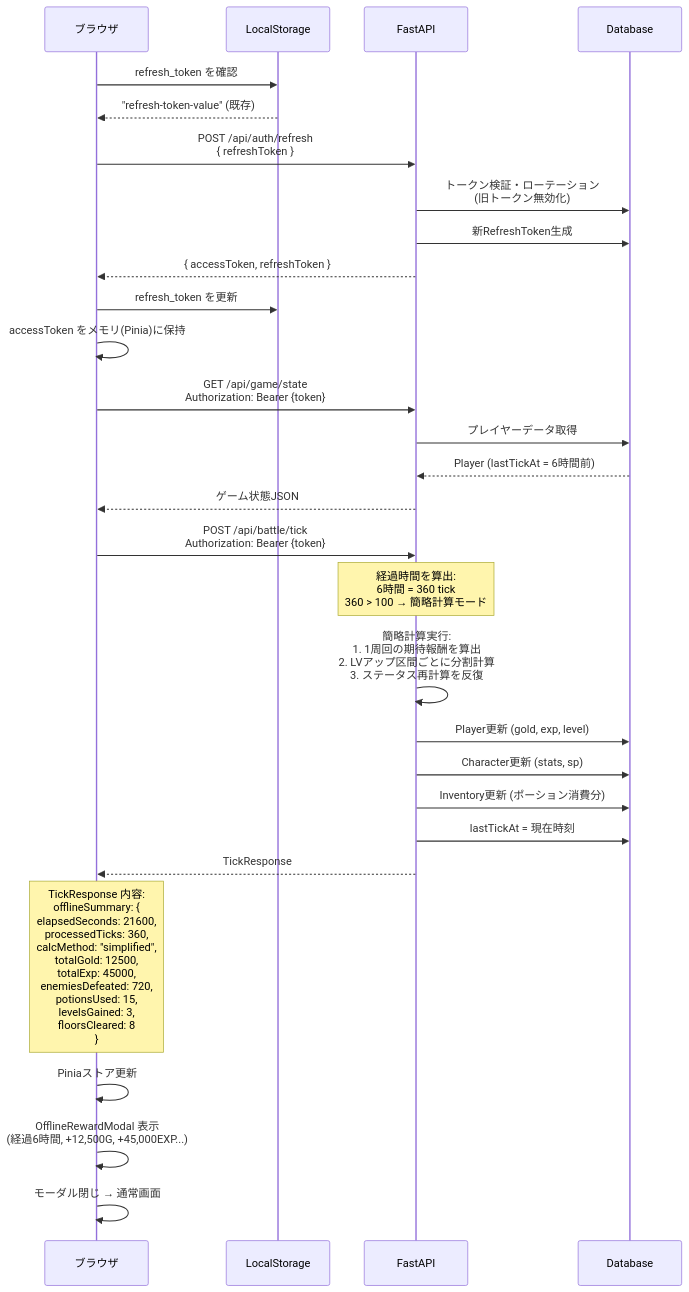
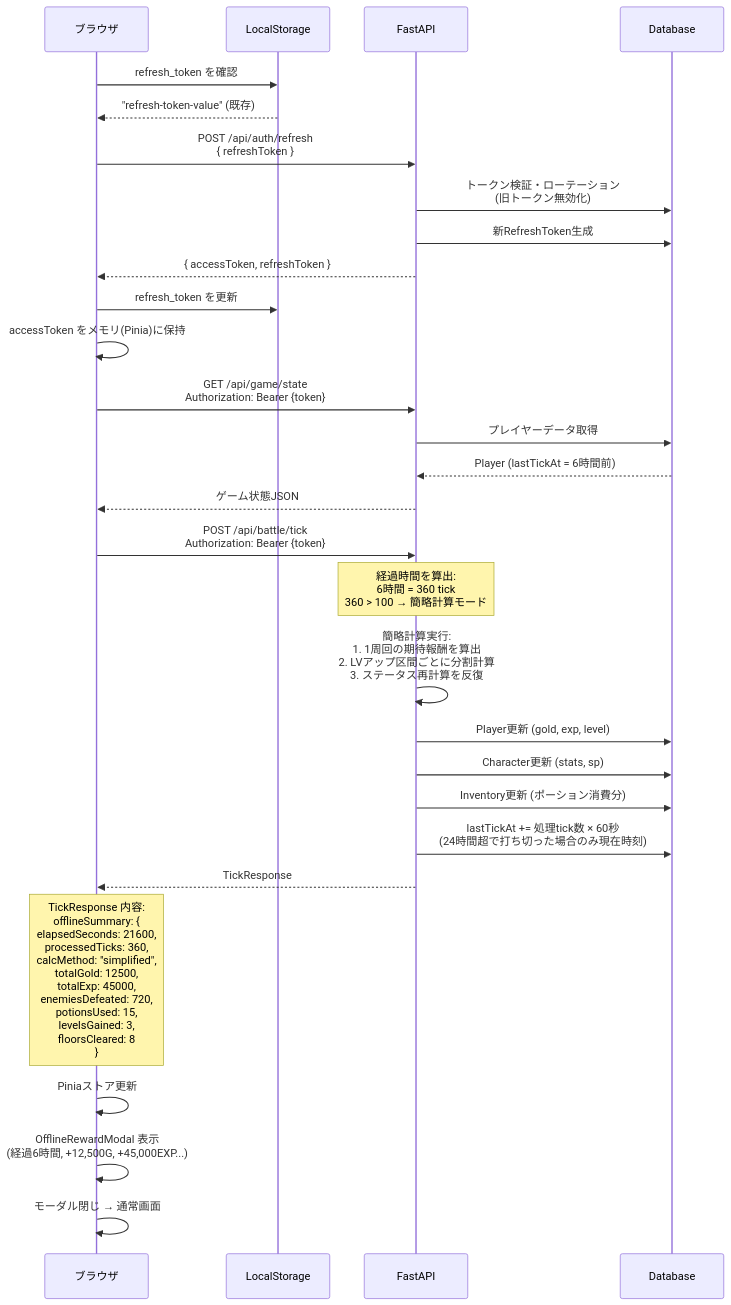
Before and after one commit to dateeee/2026_AFKGAME: the second of 4 diagrams in diagrams/api_sequence/core.md, drawn with Mermaid. The commit also changed 4 other files, not shown here.

````diff
--- a/diagrams/api_sequence/core.md
+++ b/diagrams/api_sequence/core.md
@@ -41,43 +41,43 @@
 ```mermaid
 %%{init: {'theme': 'default', 'sequence': {'actorFontSize': 18, 'messageFontSize': 16, 'noteFontSize': 14}} }%%
 sequenceDiagram
     participant B as ブラウザ
     participant LS as LocalStorage
     participant API as FastAPI
     participant DB as Database
 
     B->>LS: refresh_token を確認
     LS-->>B: "refresh-token-value" (既存)
 
     B->>API: POST /api/auth/refresh<br/>{ refreshToken }
     API->>DB: トークン検証・ローテーション<br/>(旧トークン無効化)
     API->>DB: 新RefreshToken生成
     API-->>B: { accessToken, refreshToken }
 
     B->>LS: refresh_token を更新
     B->>B: accessToken をメモリ(Pinia)に保持
 
     B->>API: GET /api/game/state<br/>Authorization: Bearer {token}
     API->>DB: プレイヤーデータ取得
     DB-->>API: Player (lastTickAt = 6時間前)
     API-->>B: ゲーム状態JSON
 
     B->>API: POST /api/battle/tick<br/>Authorization: Bearer {token}
 
     Note over API: 経過時間を算出:<br/>6時間 = 360 tick<br/>360 > 100 → 簡略計算モード
 
     API->>API: 簡略計算実行:<br/>1. 1周回の期待報酬を算出<br/>2. LVアップ区間ごとに分割計算<br/>3. ステータス再計算を反復
 
     API->>DB: Player更新 (gold, exp, level)
     API->>DB: Character更新 (stats, sp)
     API->>DB: Inventory更新 (ポーション消費分)
-    API->>DB: lastTickAt = 現在時刻
+    API->>DB: lastTickAt += 処理tick数 × 60秒<br/>(24時間超で打ち切った場合のみ現在時刻)
 
     API-->>B: TickResponse
 
     Note over B: TickResponse 内容:<br/>offlineSummary: {<br/>  elapsedSeconds: 21600,<br/>  processedTicks: 360,<br/>  calcMethod: "simplified",<br/>  totalGold: 12500,<br/>  totalExp: 45000,<br/>  enemiesDefeated: 720,<br/>  potionsUsed: 15,<br/>  levelsGained: 3,<br/>  floorsCleared: 8<br/>}
 
     B->>B: Piniaストア更新
     B->>B: OfflineRewardModal 表示<br/>(経過6時間, +12,500G, +45,000EXP...)
     B->>B: モーダル閉じ → 通常画面
 ```
````
